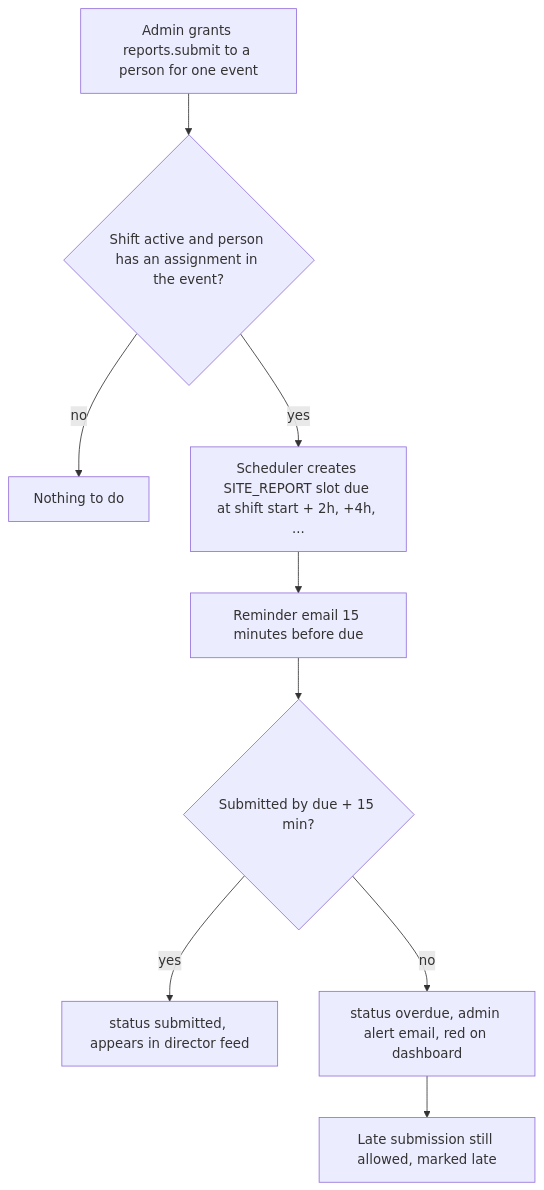
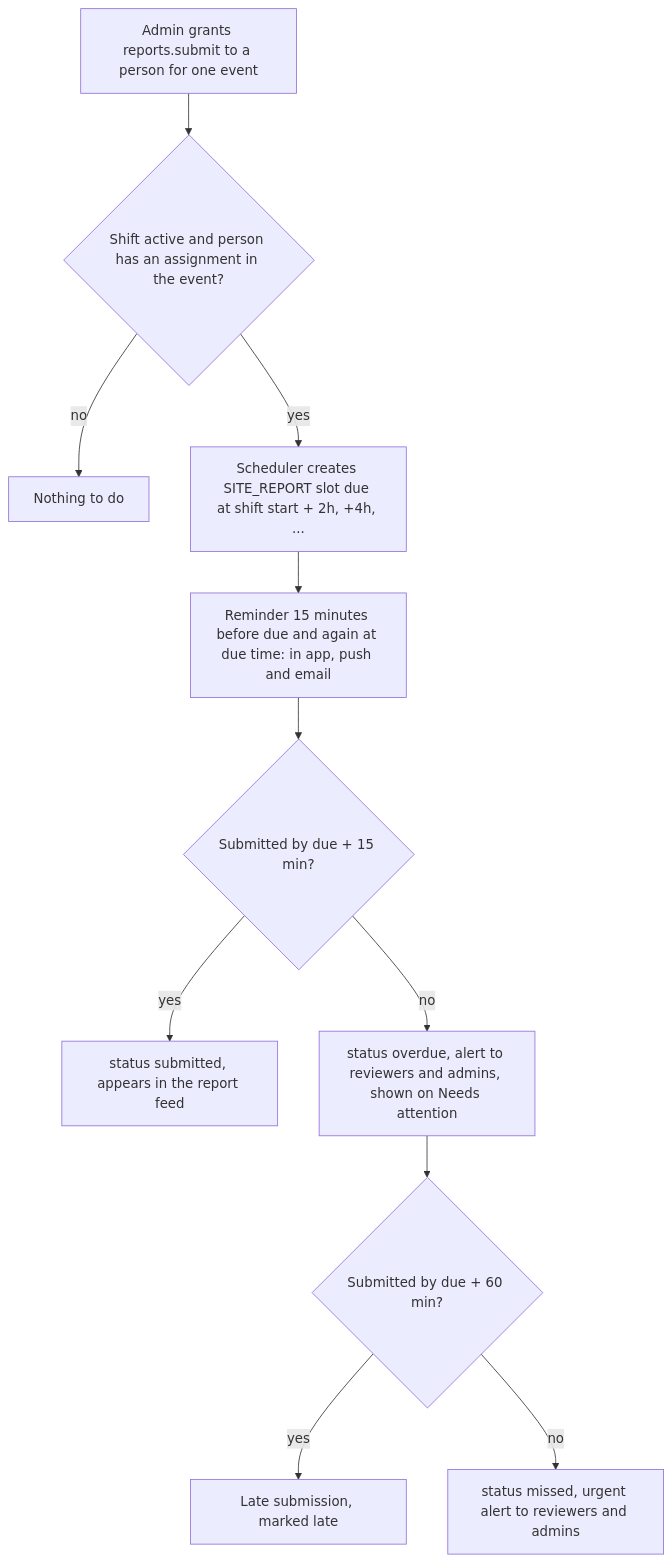
The fourth of 4 diagrams in docs/ARCHITECTURE.md (yoyodevc/drrmo-eams), drawn with Mermaid before and after one commit. The commit also changed other lines of this file and 13 other files, not shown here.

````diff
--- a/docs/ARCHITECTURE.md
+++ b/docs/ARCHITECTURE.md
@@ -149,11 +162,13 @@
 ```mermaid
 flowchart TD
     G[Admin grants reports.submit to a person for one event] --> S{Shift active and person has an assignment in the event?}
     S -- no --> W[Nothing to do]
     S -- yes --> C[Scheduler creates SITE_REPORT slot due at shift start + 2h, +4h, ...]
-    C --> R[Reminder email 15 minutes before due]
+    C --> R[Reminder 15 minutes before due and again at due time: in app, push and email]
     R --> F{Submitted by due + 15 min?}
-    F -- yes --> OK[status submitted, appears in director feed]
-    F -- no --> O[status overdue, admin alert email, red on dashboard]
-    O --> L[Late submission still allowed, marked late]
+    F -- yes --> OK[status submitted, appears in the report feed]
+    F -- no --> O[status overdue, alert to reviewers and admins, shown on Needs attention]
+    O --> L{Submitted by due + 60 min?}
+    L -- yes --> LT[Late submission, marked late]
+    L -- no --> M[status missed, urgent alert to reviewers and admins]
 ```
````
